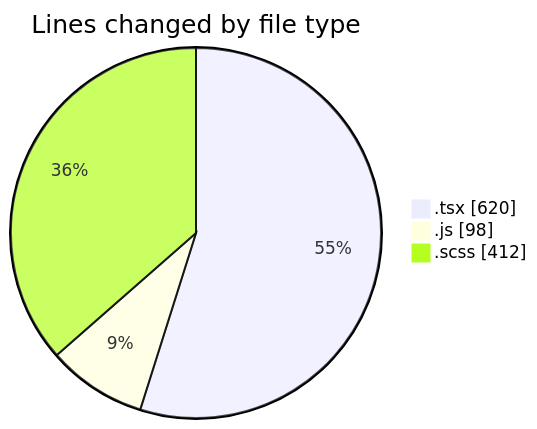
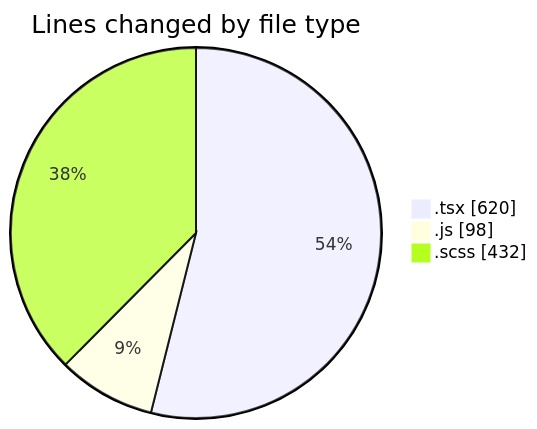
One commit to momahboobian/code-tracking changed the first of 2 diagrams in 2025-03-31/cda/README.md. Above: the diagram before and after it, drawn with Mermaid. The commit also changed other lines of this file and 1 other file, not shown here.

````diff
--- a/2025-03-31/cda/README.md
+++ b/2025-03-31/cda/README.md
@@ -27,7 +27,7 @@
 ```mermaid
 pie showData
 title Lines changed by file type
 ".tsx" : 620
 ".js" : 98
-".scss" : 412
+".scss" : 432
 ```
````
